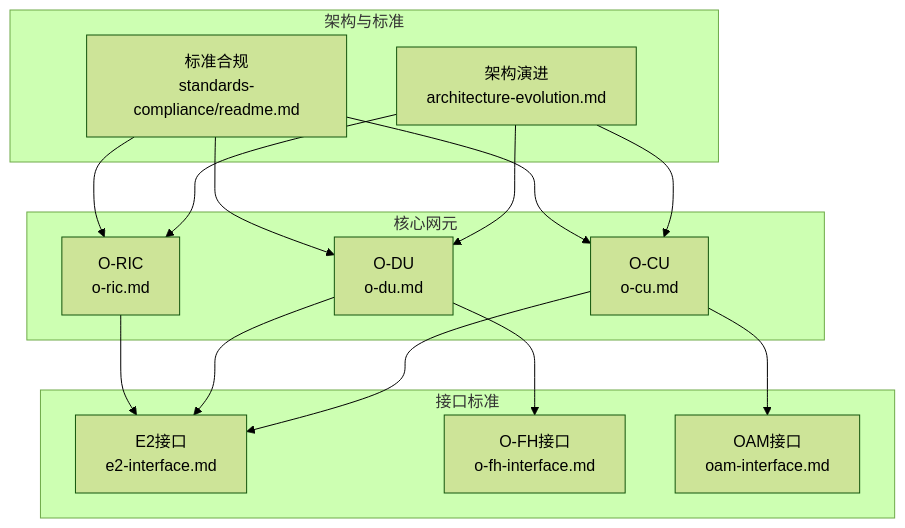
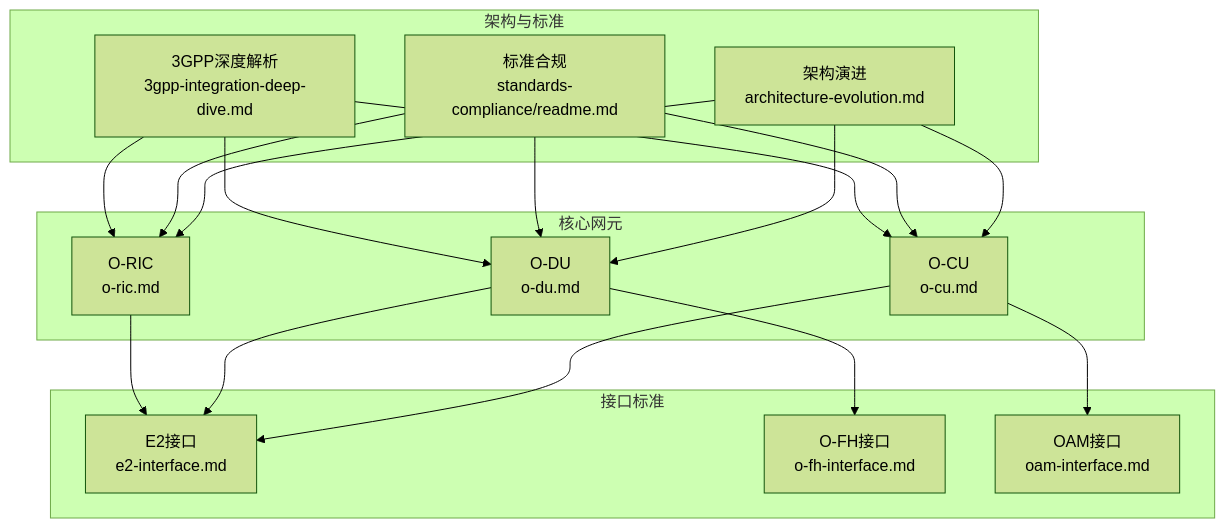
One commit to allengaller/oran-database changed the first of 3 diagrams in .qoder/repowiki/zh/content/标准与合规/3GPP标准集成.md. Above: the diagram before and after it, drawn with Mermaid (forest theme). The commit also changed other lines of this file and 32 other files, not shown here.

````diff
--- a/.qoder/repowiki/zh/content/标准与合规/3GPP标准集成.md
+++ b/.qoder/repowiki/zh/content/标准与合规/3GPP标准集成.md
@@ -41,28 +51,32 @@
 ```mermaid
 graph TB
 subgraph "架构与标准"
 EVOL["架构演进<br/>architecture-evolution.md"]
 COMPL["标准合规<br/>standards-compliance/readme.md"]
+DEEP["3GPP深度解析<br/>3gpp-integration-deep-dive.md"]
 end
 subgraph "核心网元"
 OC["O-CU<br/>o-cu.md"]
 OD["O-DU<br/>o-du.md"]
 OR["O-RIC<br/>o-ric.md"]
 end
 subgraph "接口标准"
 E2["E2接口<br/>e2-interface.md"]
 OFH["O-FH接口<br/>o-fh-interface.md"]
 OAM["OAM接口<br/>oam-interface.md"]
 end
 EVOL --> OC
 EVOL --> OD
 EVOL --> OR
 COMPL --> OC
 COMPL --> OD
 COMPL --> OR
+DEEP --> OC
+DEEP --> OD
+DEEP --> OR
 OC --> E2
 OD --> E2
 OD --> OFH
 OC --> OAM
 OR --> E2
 ```
````
